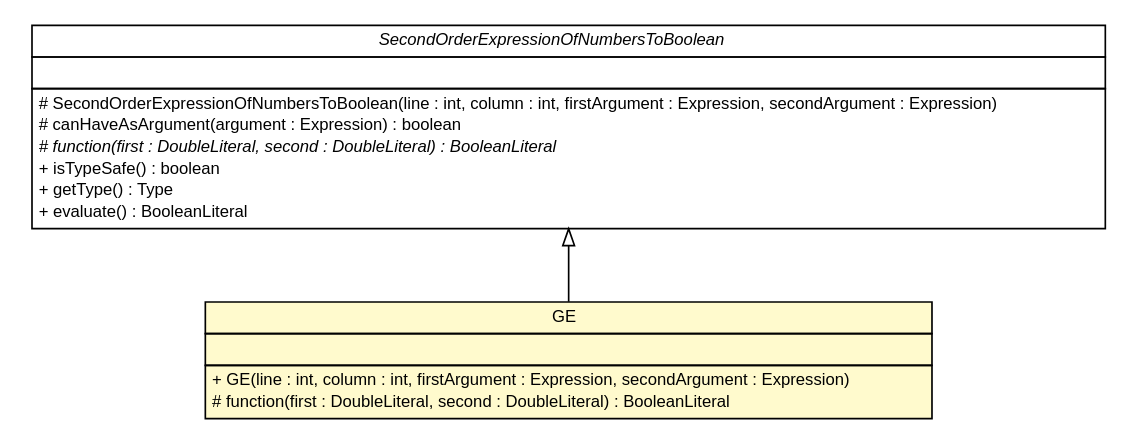
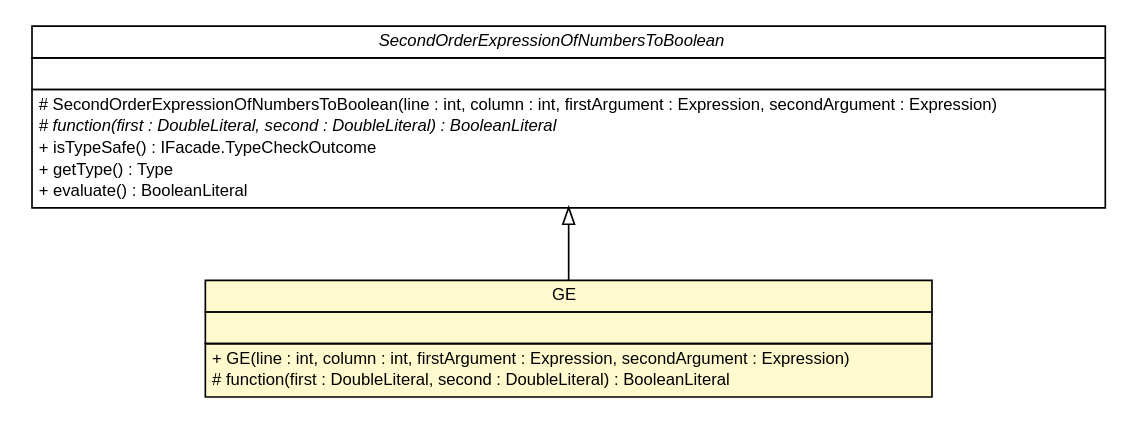
The diagram in doc/model/programs/parsing/language/expression/second_order/GE.dot (sinopeus/asteroids), drawn with Graphviz before and after one commit. The commit also changed 490 other files, not shown here.

Commit message:
Final UML.

```diff
--- a/doc/model/programs/parsing/language/expression/second_order/GE.dot
+++ b/doc/model/programs/parsing/language/expression/second_order/GE.dot
@@ -1,44 +1,43 @@
 #!/usr/local/bin/dot
 #
 # Class diagram 
 # Generated by UMLGraph version R5_6 (http://www.umlgraph.org/)
 #
 
 digraph G {
 	edge [fontname="Helvetica",fontsize=10,labelfontname="Helvetica",labelfontsize=10];
 	node [fontname="Helvetica",fontsize=10,shape=plaintext];
 	nodesep=0.25;
 	ranksep=0.5;
 	// model.programs.parsing.language.expression.second_order.SecondOrderExpressionOfNumbersToBoolean
 	c10415 [label=<<table title="model.programs.parsing.language.expression.second_order.SecondOrderExpressionOfNumbersToBoolean" border="0" cellborder="1" cellspacing="0" cellpadding="2" port="p" href="./SecondOrderExpressionOfNumbersToBoolean.html">
 		<tr><td><table border="0" cellspacing="0" cellpadding="1">
 <tr><td align="center" balign="center"><font face="Helvetica-Oblique"> SecondOrderExpressionOfNumbersToBoolean </font></td></tr>
 		</table></td></tr>
 		<tr><td><table border="0" cellspacing="0" cellpadding="1">
 <tr><td align="left" balign="left">  </td></tr>
 		</table></td></tr>
 		<tr><td><table border="0" cellspacing="0" cellpadding="1">
 <tr><td align="left" balign="left"> # SecondOrderExpressionOfNumbersToBoolean(line : int, column : int, firstArgument : Expression, secondArgument : Expression) </td></tr>
-<tr><td align="left" balign="left"> # canHaveAsArgument(argument : Expression) : boolean </td></tr>
 <tr><td align="left" balign="left"><font face="Helvetica-Oblique" point-size="10.0"> # function(first : DoubleLiteral, second : DoubleLiteral) : BooleanLiteral </font></td></tr>
-<tr><td align="left" balign="left"> + isTypeSafe() : boolean </td></tr>
+<tr><td align="left" balign="left"> + isTypeSafe() : IFacade.TypeCheckOutcome </td></tr>
 <tr><td align="left" balign="left"> + getType() : Type </td></tr>
 <tr><td align="left" balign="left"> + evaluate() : BooleanLiteral </td></tr>
 		</table></td></tr>
 		</table>>, URL="./SecondOrderExpressionOfNumbersToBoolean.html", fontname="Helvetica", fontcolor="black", fontsize=10.0];
 	// model.programs.parsing.language.expression.second_order.GE
 	c10422 [label=<<table title="model.programs.parsing.language.expression.second_order.GE" border="0" cellborder="1" cellspacing="0" cellpadding="2" port="p" bgcolor="lemonChiffon" href="./GE.html">
 		<tr><td><table border="0" cellspacing="0" cellpadding="1">
 <tr><td align="center" balign="center"> GE </td></tr>
 		</table></td></tr>
 		<tr><td><table border="0" cellspacing="0" cellpadding="1">
 <tr><td align="left" balign="left">  </td></tr>
 		</table></td></tr>
 		<tr><td><table border="0" cellspacing="0" cellpadding="1">
 <tr><td align="left" balign="left"> + GE(line : int, column : int, firstArgument : Expression, secondArgument : Expression) </td></tr>
 <tr><td align="left" balign="left"> # function(first : DoubleLiteral, second : DoubleLiteral) : BooleanLiteral </td></tr>
 		</table></td></tr>
 		</table>>, URL="./GE.html", fontname="Helvetica", fontcolor="black", fontsize=10.0];
 	//model.programs.parsing.language.expression.second_order.GE extends model.programs.parsing.language.expression.second_order.SecondOrderExpressionOfNumbersToBoolean
 	c10415:p -> c10422:p [dir=back,arrowtail=empty];
 }
```
